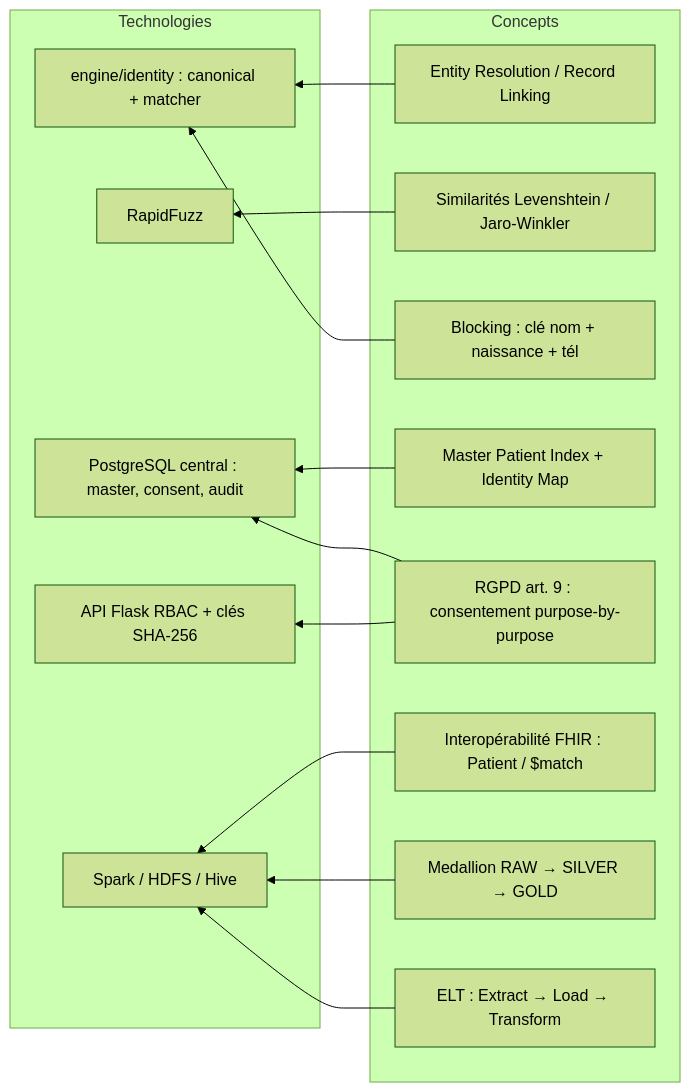
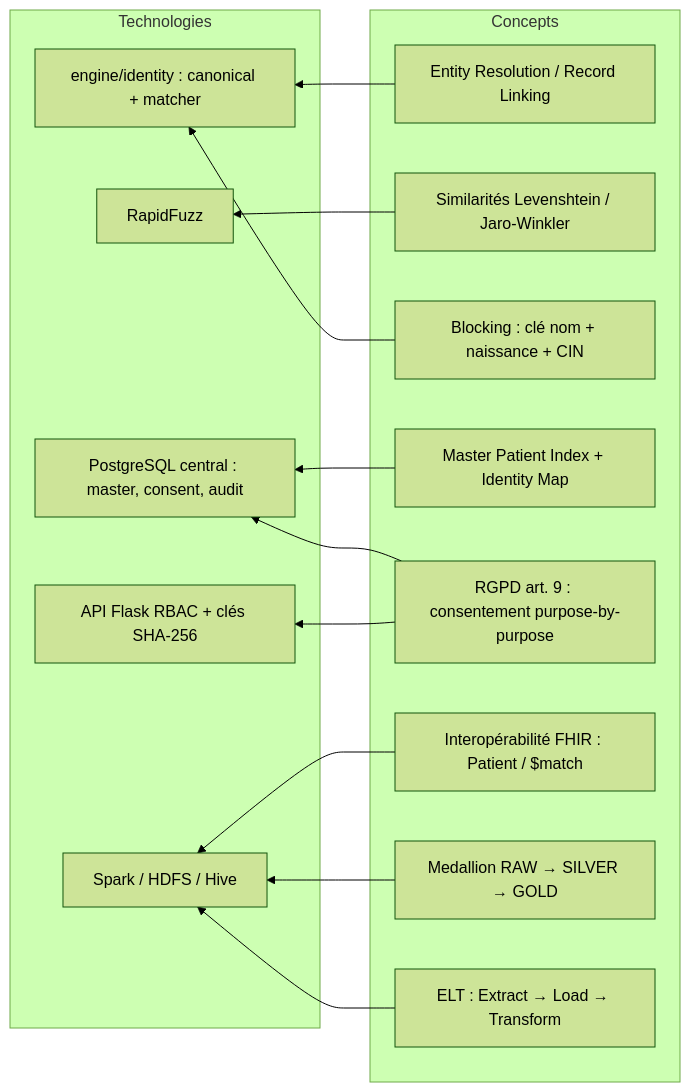
One commit to Alphamanjaka/test-big-data changed the diagram in chapters/02-etat-de-l-art.md. Above: the diagram before and after it, drawn with Mermaid (forest theme). The commit also changed other lines of this file and 37 other files, not shown here.

````diff
--- a/chapters/02-etat-de-l-art.md
+++ b/chapters/02-etat-de-l-art.md
@@ -210,29 +211,29 @@
 ```mermaid
 flowchart RL
     subgraph Concepts
         ER[Entity Resolution / Record Linking]
         SIM[Similarités Levenshtein / Jaro-Winkler]
-        BLK[Blocking : clé nom + naissance + tél]
+        BLK[Blocking : clé nom + naissance + CIN]
         MPI[Master Patient Index + Identity Map]
         RGDP[RGPD art. 9 : consentement purpose-by-purpose]
         FH[Interopérabilité FHIR : Patient / $match]
         MED[Medallion RAW → SILVER → GOLD]
         ELT[ELT : Extract → Load → Transform]
     end
     subgraph Technologies
         RF[RapidFuzz]
         EN[engine/identity : canonical + matcher]
         PG[PostgreSQL central : master, consent, audit]
         SP[Spark / HDFS / Hive]
         API[API Flask RBAC + clés SHA-256]
     end
     ER --> EN
     SIM --> RF
     BLK --> EN
     MPI --> PG
     RGDP --> API
     RGDP --> PG
     FH --> SP
     MED --> SP
     ELT --> SP
 ```
````
